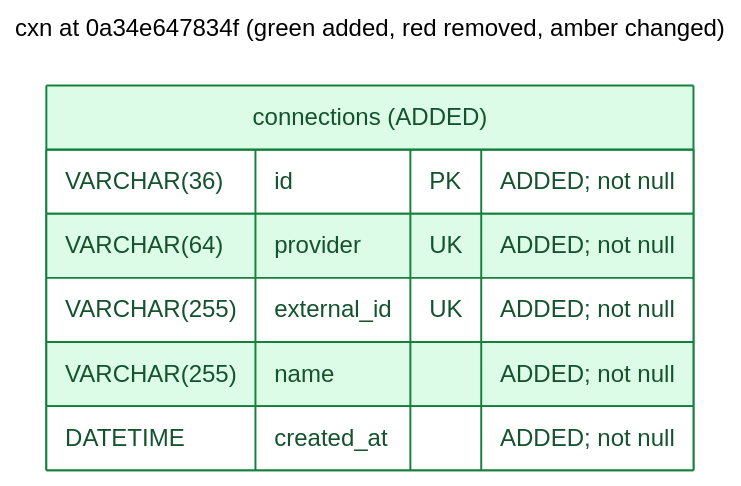
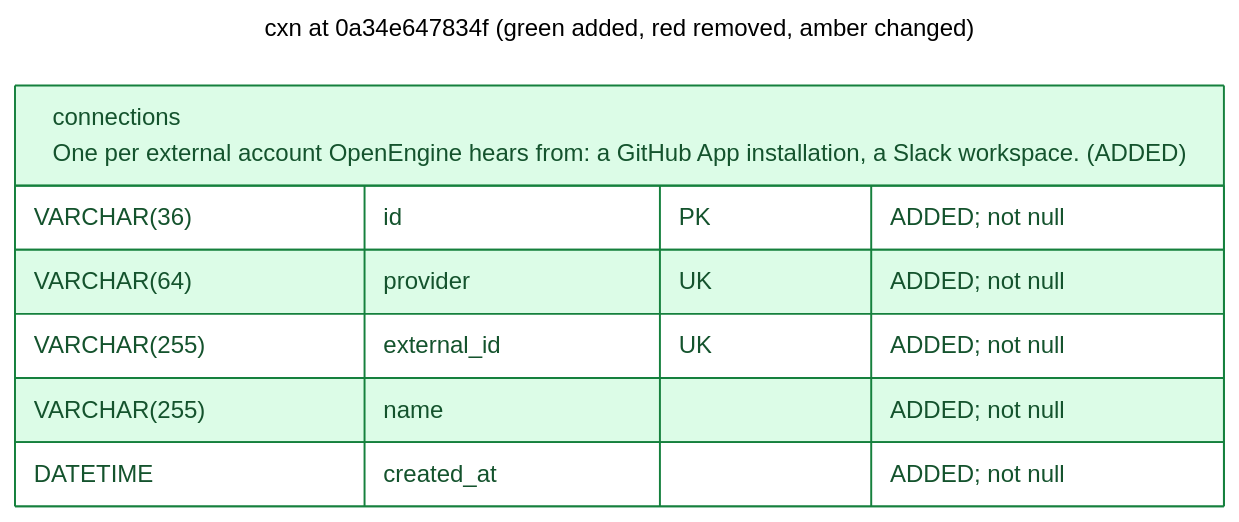
The diagram in v2/docs/schema/latest_cxn.mermaid (OpenEngine/OpenEngine), drawn with Mermaid before and after one commit. The commit also changed 25 other files, not shown here.

Commit message:
docs: update service schemas

```diff
--- a/v2/docs/schema/latest_cxn.mermaid
+++ b/v2/docs/schema/latest_cxn.mermaid
@@ -1,21 +1,21 @@
 ---
 title: cxn at 0a34e647834f (green added, red removed, amber changed)
 config:
   theme: neutral
 ---
 erDiagram
     direction LR
     %% REMOVED tables/columns are tombstones, absent from this revision's schema.
     %% Column changes include type, nullability, default and key membership.
     %% Table changes also include indexes and constraints.
     classDef added fill:#dcfce7,stroke:#15803d,color:#14532d
     classDef removed fill:#fee2e2,stroke:#b91c1c,color:#7f1d1d
     classDef changed fill:#fef3c7,stroke:#b45309,color:#78350f
-    connections["connections (ADDED)"] {
+    connections["connections<br/>One per external account OpenEngine hears from: a GitHub App installation, a Slack workspace. (ADDED)"] {
         VARCHAR(36) id PK "ADDED; not null"
         VARCHAR(64) provider UK "ADDED; not null"
         VARCHAR(255) external_id UK "ADDED; not null"
         VARCHAR(255) name "ADDED; not null"
         DATETIME created_at "ADDED; not null"
     }
     class connections added
```
